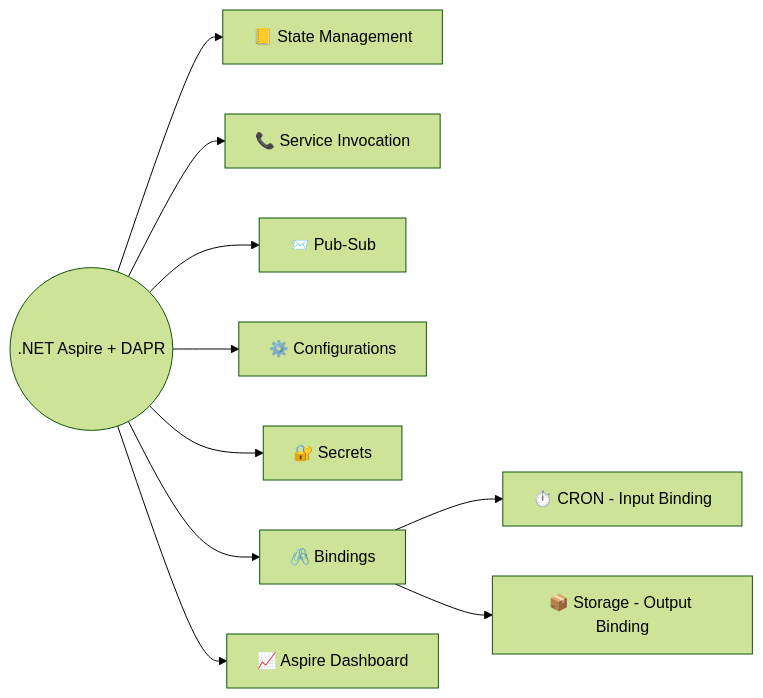
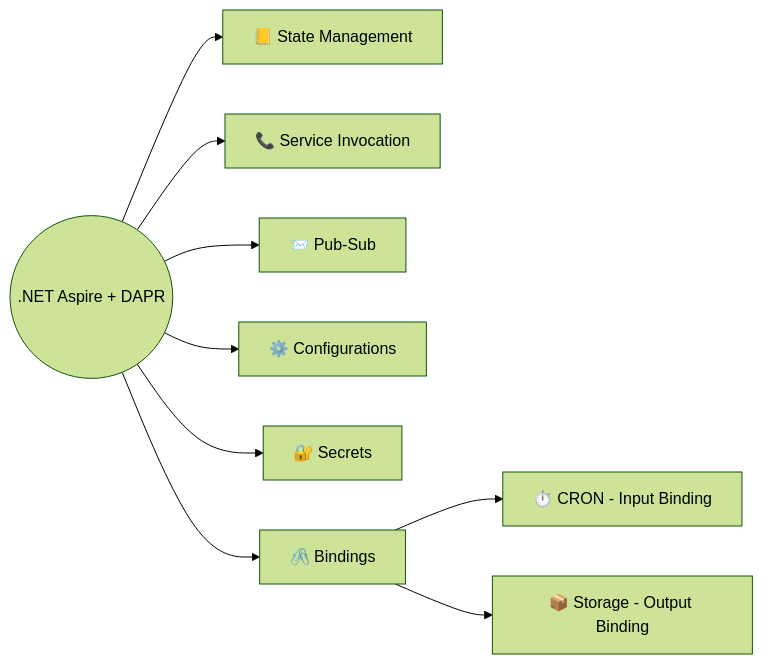
The diagram in content/courses/dapr-aspire/_index.md (NetRecipes/NetRecipes.github.io), drawn with Mermaid (forest theme) before and after one commit. The commit also changed 2 other files, not shown here.

Commit message:
Remove Aspire Dashboard

````diff
--- a/content/courses/dapr-aspire/_index.md
+++ b/content/courses/dapr-aspire/_index.md
@@ -14,33 +14,30 @@
 ```mermaid
 flowchart LR
     root((.NET Aspire + DAPR))
     sm[📒 State Management]
     si[📞 Service Invocation]
     ps[📨 Pub‑Sub]
     cfg[⚙️ Configurations]
     sec[🔐 Secrets]
     bind[🖇️  Bindings]
     cron[⏱️ CRON - Input Binding]
     store[📦 Storage - Output Binding]
-    dash[📈 Aspire Dashboard]
 
     root --> sm
     root --> si
     root --> ps
     root --> cfg
     root --> sec
     root --> bind
     bind --> cron
     bind --> store
-    root --> dash
 
     click sm "/courses/dapr-aspire/state-management/" "Go to State Management"
     click si "/courses/dapr-aspire/service-invocation/" "Go to Service Invocation"
     click ps "/courses/dapr-aspire/pub-sub/" "Go to Pub-Sub"
     click cfg "/courses/dapr-aspire/configurations/" "Go to Configurations"
     click sec "/courses/dapr-aspire/secrets/" "Go to Secrets"
     click bind "/courses/dapr-aspire/bindings/" "Go to Bindings"
     click cron "/courses/dapr-aspire/bindings/#cron" "Go to Bindings - CRON"
     click store "/courses/dapr-aspire/bindings/#local-storage" "Go to Bindings - Storage"
-    click dash "/courses/dapr-aspire/aspire-dashboard/" "Go to Aspire Dashboard"
 ```
````
